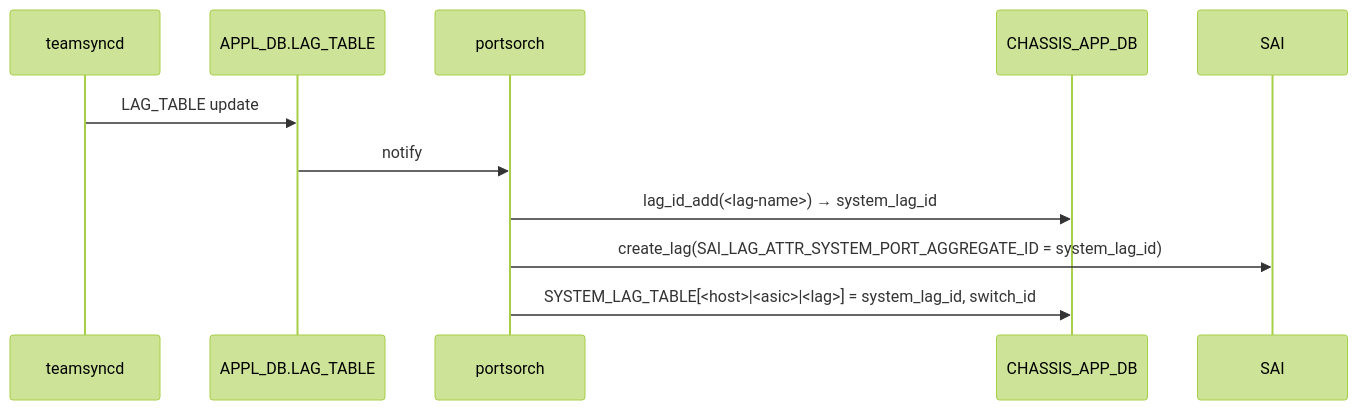
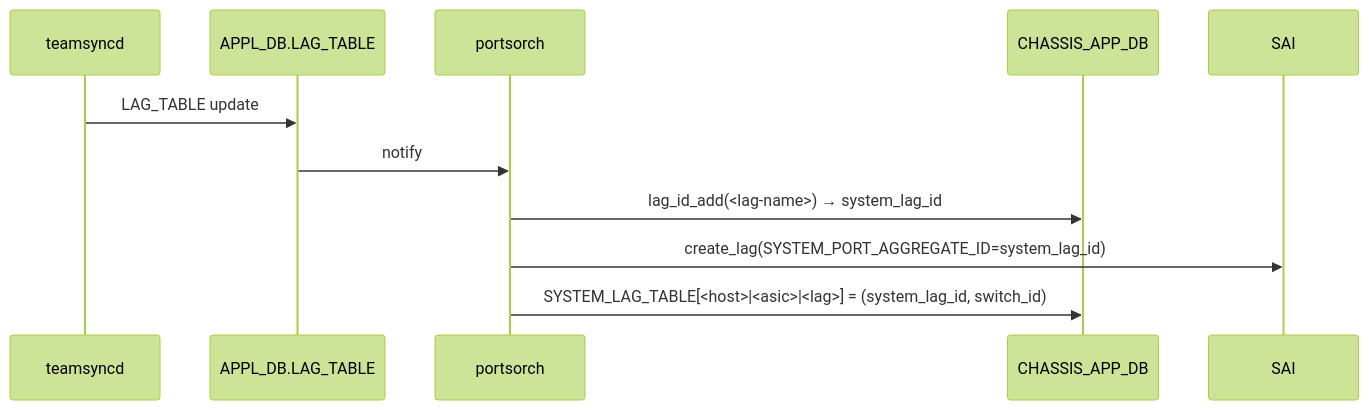
The second of 2 diagrams in docs/switching/lag-on-distributed-voq-system.md (aoki-taquan/sonic-unofficial-docs), drawn with Mermaid (forest theme) before and after one commit. The commit also changed other lines of this file and 10 other files, not shown here.

````diff
--- a/docs/switching/lag-on-distributed-voq-system.md
+++ b/docs/switching/lag-on-distributed-voq-system.md
@@ -123,13 +109,13 @@
 ```mermaid
 sequenceDiagram
     participant TS as teamsyncd
     participant ADB as APPL_DB.LAG_TABLE
     participant PO as portsorch
     participant CDB as CHASSIS_APP_DB
     participant SAI
     TS->>ADB: LAG_TABLE update
     ADB->>PO: notify
     PO->>CDB: lag_id_add(<lag-name>) → system_lag_id
-    PO->>SAI: create_lag(SAI_LAG_ATTR_SYSTEM_PORT_AGGREGATE_ID = system_lag_id)
-    PO->>CDB: SYSTEM_LAG_TABLE[<host>|<asic>|<lag>] = system_lag_id, switch_id
+    PO->>SAI: create_lag(SYSTEM_PORT_AGGREGATE_ID=system_lag_id)
+    PO->>CDB: SYSTEM_LAG_TABLE[<host>|<asic>|<lag>] = (system_lag_id, switch_id)
 ```
````
